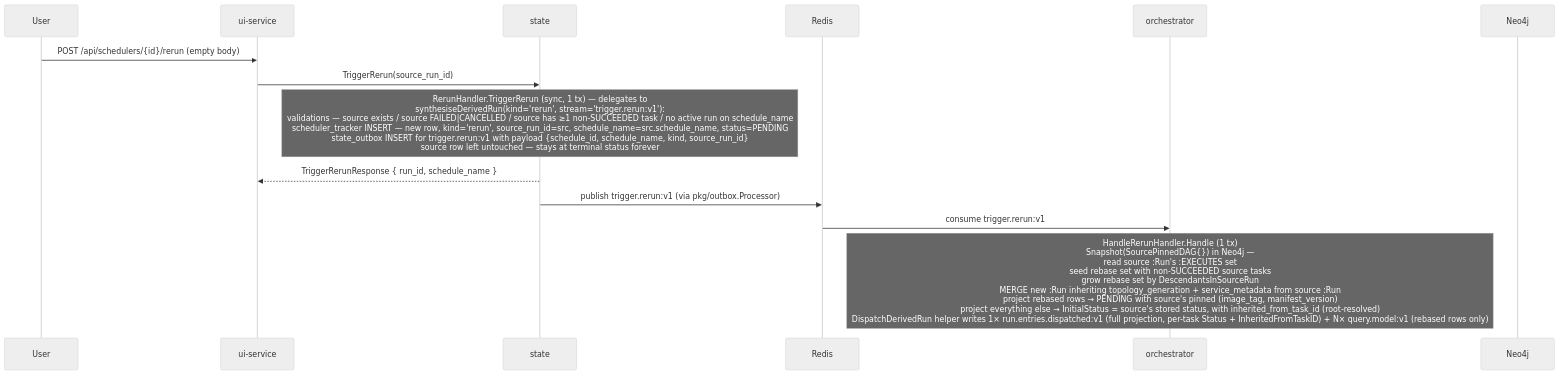
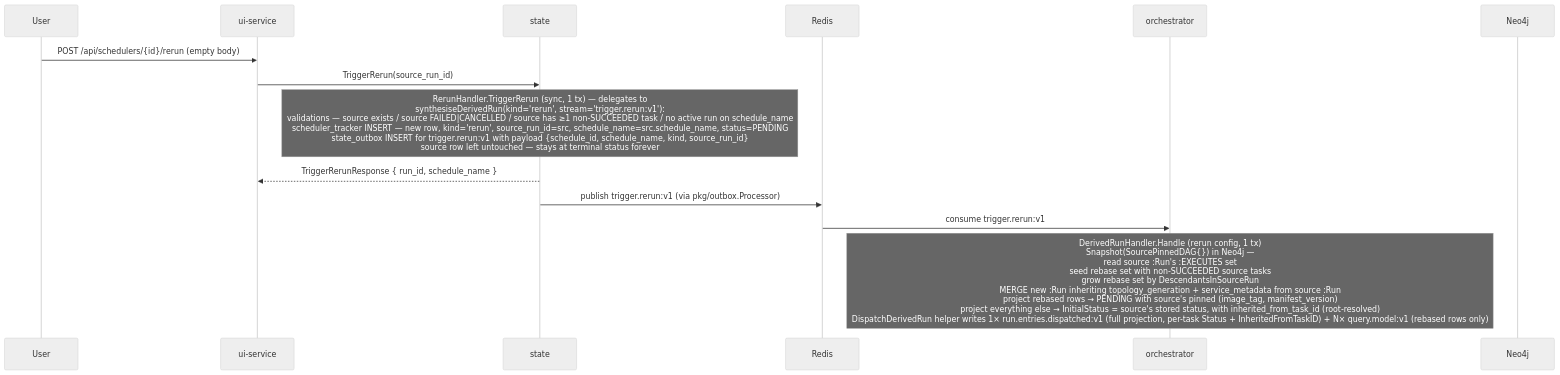
Before and after one commit to carolsimone/continuo: the fourth of 11 diagrams in docs/arch/03-sequence-flows.md, drawn with Mermaid (neutral theme). The commit also changed other lines of this file and 32 other files, not shown here.

````diff
--- a/docs/arch/03-sequence-flows.md
+++ b/docs/arch/03-sequence-flows.md
@@ -126,19 +126,19 @@
 ```mermaid
 sequenceDiagram
   participant U as User
   participant UI as ui-service
   participant ST as state
   participant R as Redis
   participant OR as orchestrator
   participant N4 as Neo4j
 
   U->>UI: POST /api/schedulers/{id}/rerun (empty body)
   UI->>ST: TriggerRerun(source_run_id)
   Note over ST: RerunHandler.TriggerRerun (sync, 1 tx) — delegates to<br/>synthesiseDerivedRun(kind='rerun', stream='trigger.rerun:v1'):<br/>validations — source exists / source FAILED|CANCELLED / source has ≥1 non-SUCCEEDED task / no active run on schedule_name<br/>scheduler_tracker INSERT — new row, kind='rerun', source_run_id=src, schedule_name=src.schedule_name, status=PENDING<br/>state_outbox INSERT for trigger.rerun:v1 with payload {schedule_id, schedule_name, kind, source_run_id}<br/>source row left untouched — stays at terminal status forever
   ST-->>UI: TriggerRerunResponse { run_id, schedule_name }
 
   ST->>R: publish trigger.rerun:v1 (via pkg/outbox.Processor)
 
   R->>OR: consume trigger.rerun:v1
-  Note over OR: HandleRerunHandler.Handle (1 tx)<br/>Snapshot(SourcePinnedDAG{}) in Neo4j —<br/>  read source :Run's :EXECUTES set<br/>  seed rebase set with non-SUCCEEDED source tasks<br/>  grow rebase set by DescendantsInSourceRun<br/>  MERGE new :Run inheriting topology_generation + service_metadata from source :Run<br/>  project rebased rows → PENDING with source's pinned (image_tag, manifest_version)<br/>  project everything else → InitialStatus = source's stored status, with inherited_from_task_id (root-resolved)<br/>DispatchDerivedRun helper writes 1× run.entries.dispatched:v1 (full projection, per-task Status + InheritedFromTaskID) + N× query.model:v1 (rebased rows only)
+  Note over OR: DerivedRunHandler.Handle (rerun config, 1 tx)<br/>Snapshot(SourcePinnedDAG{}) in Neo4j —<br/>  read source :Run's :EXECUTES set<br/>  seed rebase set with non-SUCCEEDED source tasks<br/>  grow rebase set by DescendantsInSourceRun<br/>  MERGE new :Run inheriting topology_generation + service_metadata from source :Run<br/>  project rebased rows → PENDING with source's pinned (image_tag, manifest_version)<br/>  project everything else → InitialStatus = source's stored status, with inherited_from_task_id (root-resolved)<br/>DispatchDerivedRun helper writes 1× run.entries.dispatched:v1 (full projection, per-task Status + InheritedFromTaskID) + N× query.model:v1 (rebased rows only)
 ```
````
